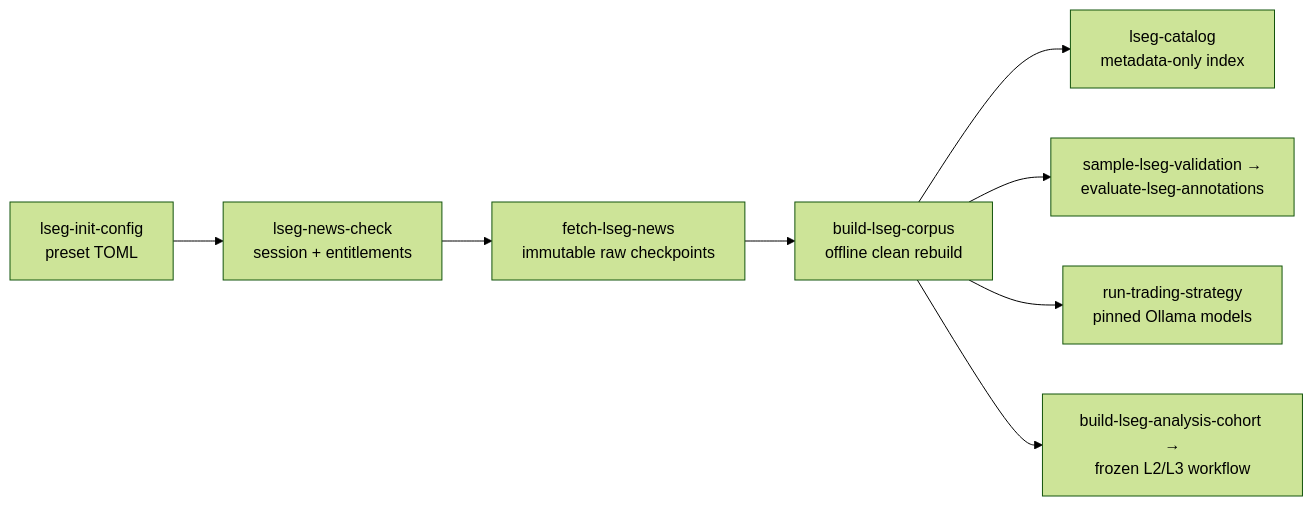
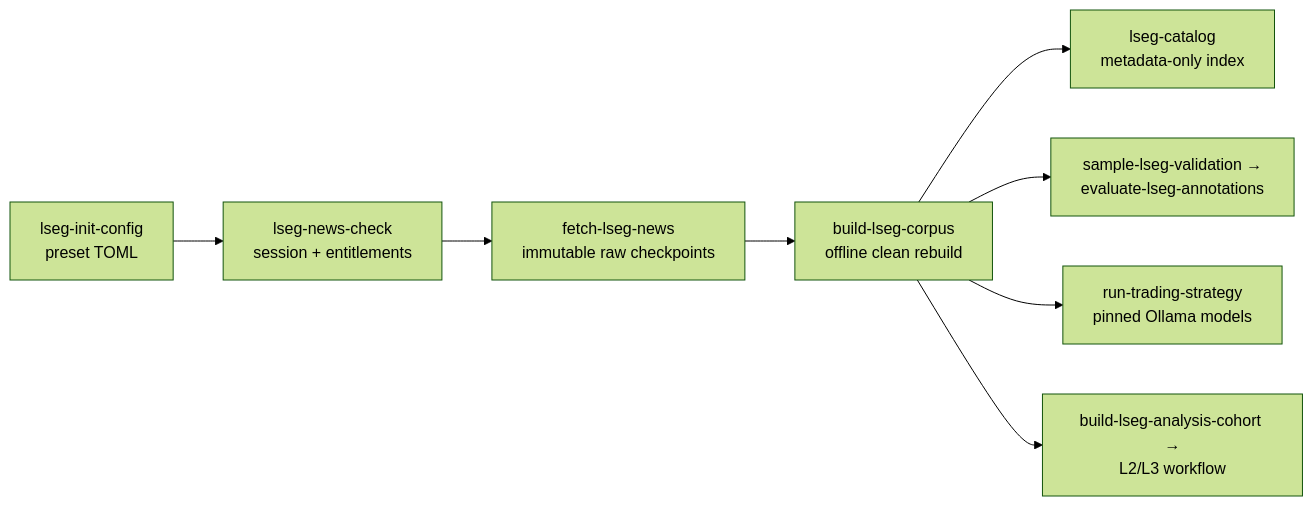
One commit to PeterLP123/Sentiment_Dissertation changed the diagram in docs/lseg_ollama_pipeline.md. Above: the diagram before and after it, drawn with Mermaid (forest theme). The commit also changed other lines of this file and 12 other files, not shown here.

````diff
--- a/docs/lseg_ollama_pipeline.md
+++ b/docs/lseg_ollama_pipeline.md
@@ -5,10 +5,10 @@
 ```mermaid
 flowchart LR
     CFG["lseg-init-config<br/>preset TOML"] --> CHK["lseg-news-check<br/>session + entitlements"]
     CHK --> F["fetch-lseg-news<br/>immutable raw checkpoints"]
     F --> B["build-lseg-corpus<br/>offline clean rebuild"]
     B --> CAT["lseg-catalog<br/>metadata-only index"]
     B --> V["sample-lseg-validation →<br/>evaluate-lseg-annotations"]
     B --> T["run-trading-strategy<br/>pinned Ollama models"]
-    B --> A["build-lseg-analysis-cohort →<br/>frozen L2/L3 workflow"]
+    B --> A["build-lseg-analysis-cohort →<br/>L2/L3 workflow"]
 ```
````
